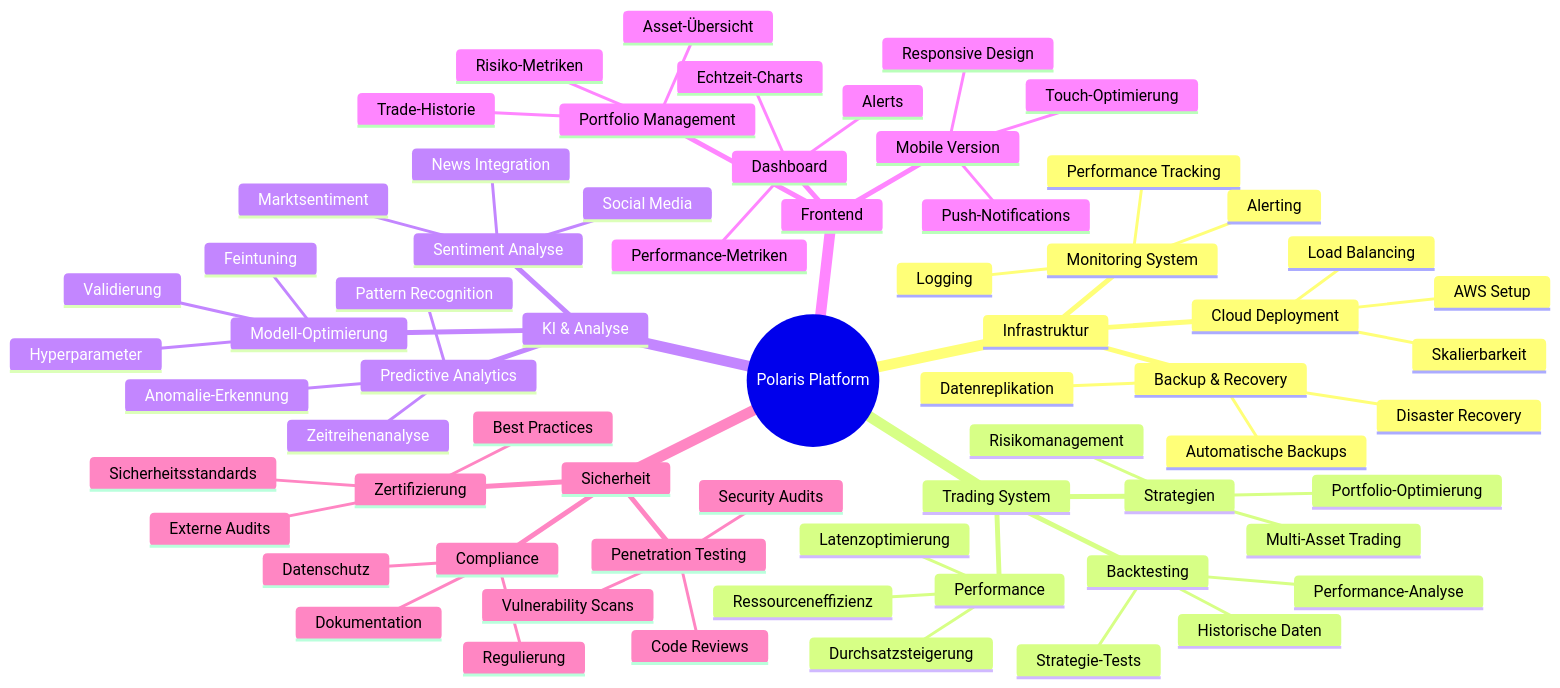
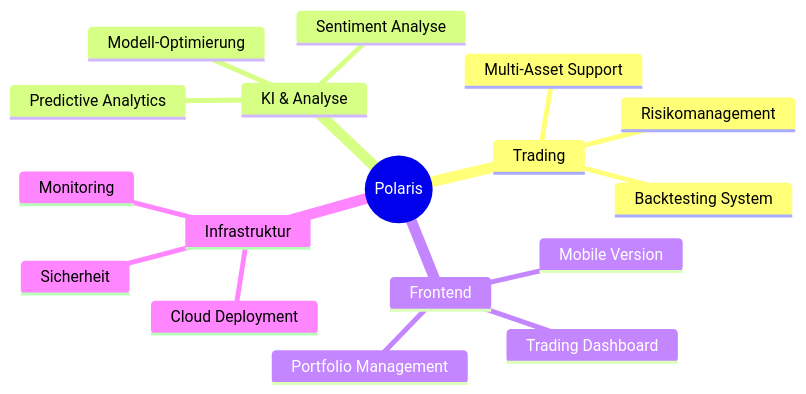
Before and after one commit to lulkebit/Polaris: the diagram in readme.md, drawn with Mermaid. The commit also changed other lines of this file, not shown here.

Commit message:
Streamline project roadmap and development priorities in README

````diff
--- a/readme.md
+++ b/readme.md
@@ -68,69 +9,20 @@
 ```mermaid
 mindmap
-  root((Polaris Platform))
+  root((Polaris))
+    Trading
+      Backtesting System
+      Multi-Asset Support
+      Risikomanagement
+    KI & Analyse
+      Modell-Optimierung
+      Sentiment Analyse
+      Predictive Analytics
+    Frontend
+      Trading Dashboard
+      Portfolio Management
+      Mobile Version
     Infrastruktur
       Cloud Deployment
-        AWS Setup
-        Skalierbarkeit
-        Load Balancing
-      Monitoring System
-        Performance Tracking
-        Alerting
-        Logging
-      Backup & Recovery
-        Automatische Backups
-        Disaster Recovery
-        Datenreplikation
-    Trading System
-      Backtesting
-        Historische Daten
-        Strategie-Tests
-        Performance-Analyse
-      Strategien
-        Multi-Asset Trading
-        Portfolio-Optimierung
-        Risikomanagement
-      Performance
-        Latenzoptimierung
-        Durchsatzsteigerung
-        Ressourceneffizienz
-    KI & Analyse
-      Modell-Optimierung
-        Feintuning
-        Hyperparameter
-        Validierung
-      Sentiment Analyse
-        News Integration
-        Social Media
-        Marktsentiment
-      Predictive Analytics
-        Zeitreihenanalyse
-        Pattern Recognition
-        Anomalie-Erkennung
-    Frontend
-      Dashboard
-        Echtzeit-Charts
-        Performance-Metriken
-        Alerts
-      Portfolio Management
-        Asset-Übersicht
-        Trade-Historie
-        Risiko-Metriken
-      Mobile Version
-        Responsive Design
-        Push-Notifications
-        Touch-Optimierung
-    Sicherheit
-      Penetration Testing
-        Vulnerability Scans
-        Security Audits
-        Code Reviews
-      Compliance
-        Datenschutz
-        Regulierung
-        Dokumentation
-      Zertifizierung
-        Sicherheitsstandards
-        Best Practices
-        Externe Audits
+      Monitoring
+      Sicherheit
 ```
````
